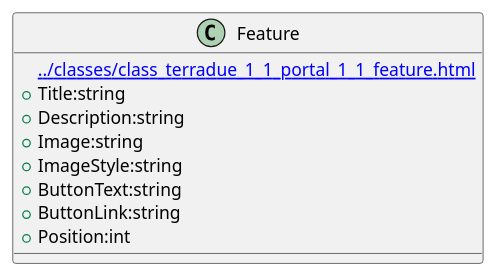
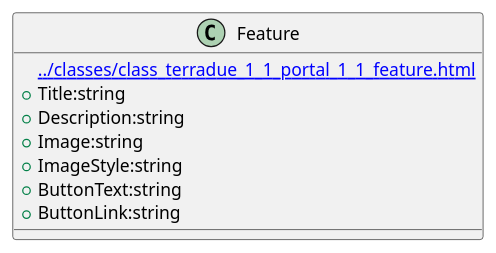
One commit to urban-tep/DDF-SDD changed the diagram in source/classes/class_terradue_1_1_portal_1_1_feature.iuml. Above: the diagram before and after it, drawn with PlantUML. The commit also changed 55 other files, not shown here.

```diff
--- a/source/classes/class_terradue_1_1_portal_1_1_feature.iuml
+++ b/source/classes/class_terradue_1_1_portal_1_1_feature.iuml
@@ -1,12 +1,11 @@
 @startuml
 class Feature {
 [[../classes/class_terradue_1_1_portal_1_1_feature.html]]
  +Title:string
  +Description:string
  +Image:string
  +ImageStyle:string
  +ButtonText:string
  +ButtonLink:string
- +Position:int
 }
 @enduml
```
